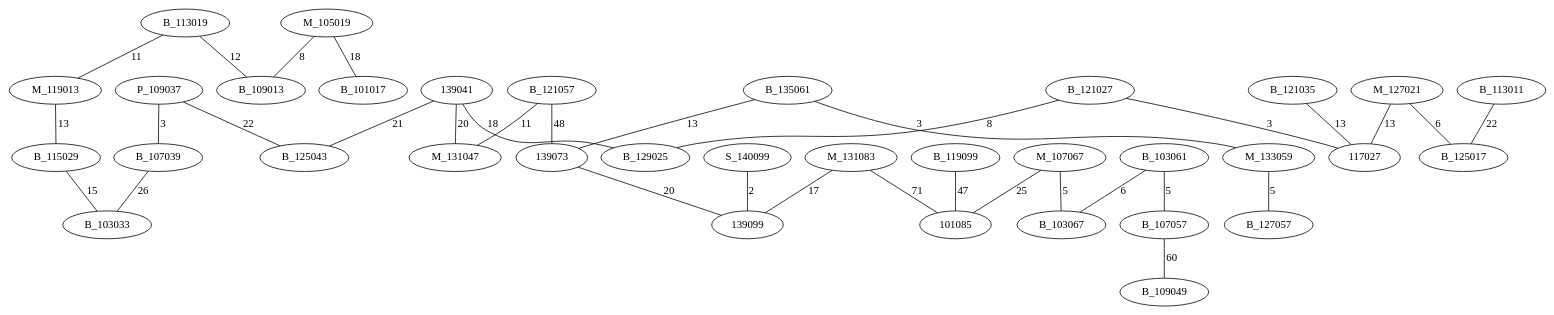
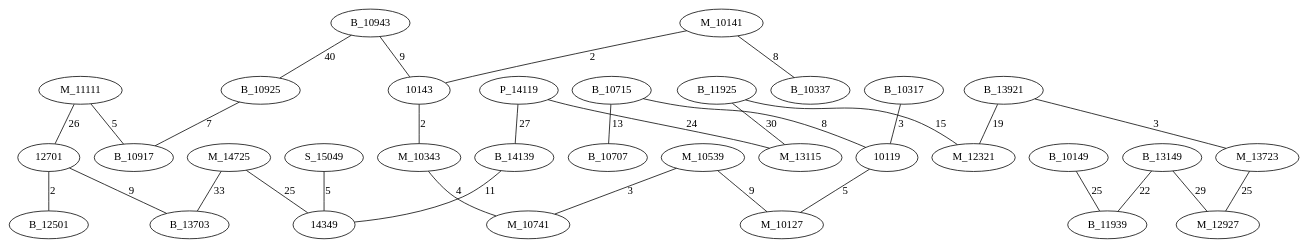
One commit to AsmNoob/Labyrinthe changed the diagram in Graph.dot. Above: the diagram before and after it, drawn with Graphviz. The commit also changed 4 other files, not shown here.

```diff
--- a/Graph.dot
+++ b/Graph.dot
@@ -1,37 +1,35 @@
 graph chemin {
 
-	P_109037 -- B_107039 [label=3]
-	P_109037 -- B_125043 [label=22]
-	B_103061 -- B_103067 [label=6]
-	B_103061 -- B_107057 [label=5]
-	B_121057 -- 139073 [label=48]
-	B_121057 -- M_131047 [label=11]
-	B_113019 -- M_119013 [label=11]
-	B_113019 -- B_109013 [label=12]
-	M_107067 -- B_103067 [label=5]
-	M_107067 -- 101085 [label=25]
-	B_113011 -- B_125017 [label=22]
-	B_107057 -- B_109049 [label=60]
-	139041 -- B_125043 [label=21]
-	139041 -- B_129025 [label=18]
-	139041 -- M_131047 [label=20]
-	M_127021 -- 117027 [label=13]
-	M_127021 -- B_125017 [label=6]
-	B_135061 -- M_133059 [label=3]
-	B_135061 -- 139073 [label=13]
-	S_140099 -- 139099 [label=2]
-	M_133059 -- B_127057 [label=5]
-	M_119013 -- B_115029 [label=13]
-	B_119099 -- 101085 [label=47]
-	B_115029 -- B_103033 [label=15]
-	B_107039 -- B_103033 [label=26]
-	B_121027 -- 117027 [label=3]
-	B_121027 -- B_129025 [label=8]
-	139073 -- 139099 [label=20]
-	M_131083 -- 139099 [label=17]
-	M_131083 -- 101085 [label=71]
-	B_121035 -- 117027 [label=13]
-	M_105019 -- B_109013 [label=8]
-	M_105019 -- B_101017 [label=18]
+	P_14119 -- B_14139 [label=27]
+	P_14119 -- M_13115 [label=24]
+	B_10943 -- 10143 [label=9]
+	B_10943 -- B_10925 [label=40]
+	M_11111 -- B_10917 [label=5]
+	M_11111 -- 12701 [label=26]
+	B_13149 -- M_12927 [label=29]
+	B_13149 -- B_11939 [label=22]
+	B_10925 -- B_10917 [label=7]
+	B_10149 -- B_11939 [label=25]
+	S_15049 -- 14349 [label=5]
+	B_10715 -- 10119 [label=8]
+	B_10715 -- B_10707 [label=13]
+	B_10317 -- 10119 [label=3]
+	B_11925 -- M_12321 [label=15]
+	B_11925 -- M_13115 [label=30]
+	12701 -- B_13703 [label=9]
+	12701 -- B_12501 [label=2]
+	B_14139 -- 14349 [label=11]
+	B_13921 -- M_13723 [label=3]
+	B_13921 -- M_12321 [label=19]
+	M_10141 -- B_10337 [label=8]
+	M_10141 -- 10143 [label=2]
+	M_10539 -- M_10127 [label=9]
+	M_10539 -- M_10741 [label=3]
+	M_13723 -- M_12927 [label=25]
+	10143 -- M_10343 [label=2]
+	M_14725 -- 14349 [label=25]
+	M_14725 -- B_13703 [label=33]
+	10119 -- M_10127 [label=5]
+	M_10343 -- M_10741 [label=4]
 
 }
```
